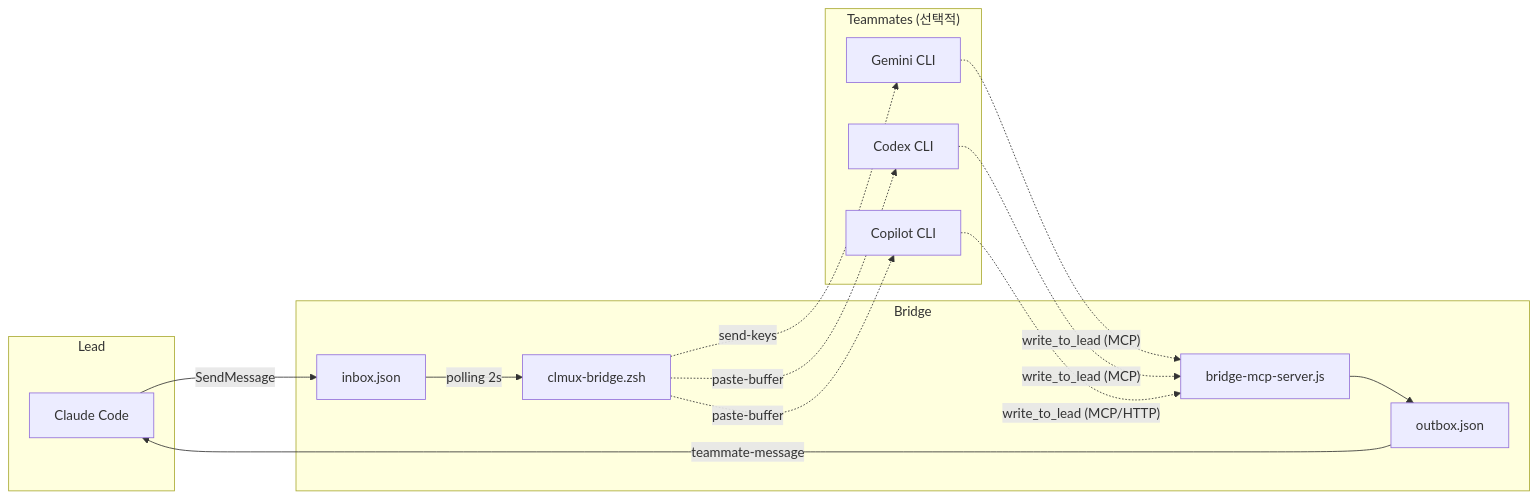
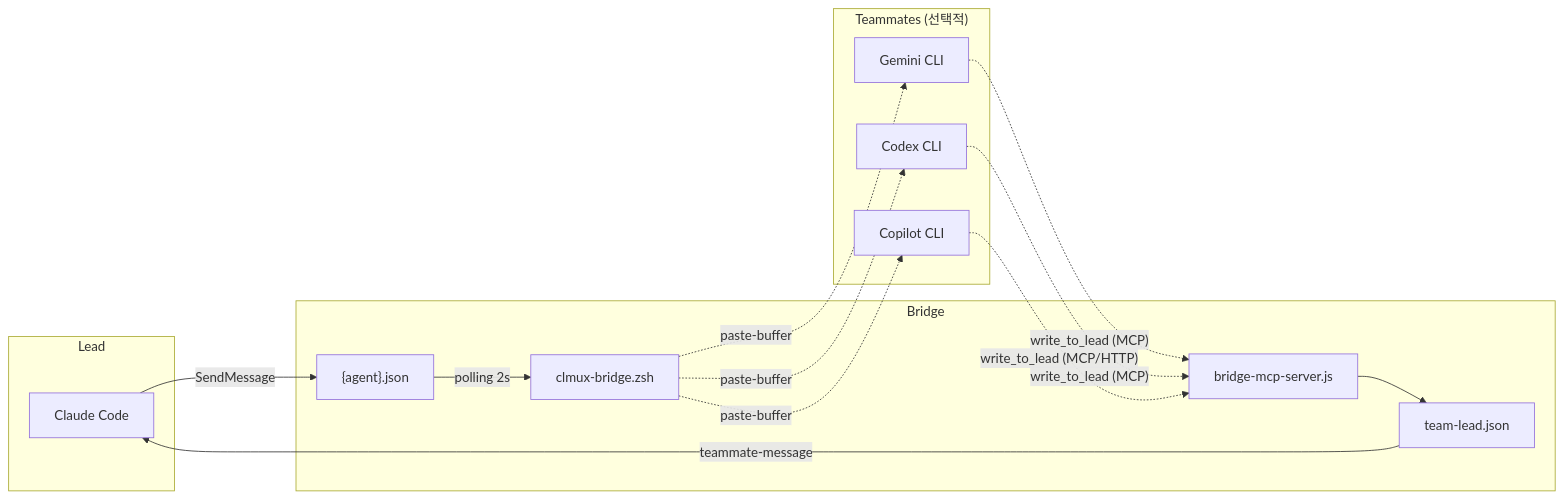
Before and after one commit to DvwN-Lee/clau-mux: the diagram in README.md, drawn with Mermaid. The commit also changed other lines of this file, not shown here.

````diff
--- a/README.md
+++ b/README.md
@@ -15,30 +15,30 @@
 ```mermaid
 flowchart LR
   subgraph Lead
     CC[Claude Code]
   end
 
   subgraph Bridge
-    inbox[inbox.json]
+    inbox["{agent}.json"]
     bridge[clmux-bridge.zsh]
     mcp[bridge-mcp-server.js]
-    outbox[outbox.json]
+    outbox[team-lead.json]
   end
 
   subgraph Teammates["Teammates (선택적)"]
     G[Gemini CLI]
     X[Codex CLI]
     P[Copilot CLI]
   end
 
   CC -- "SendMessage" --> inbox
   inbox -- "polling 2s" --> bridge
-  bridge -. "send-keys" .-> G
+  bridge -. "paste-buffer" .-> G
   bridge -. "paste-buffer" .-> X
   bridge -. "paste-buffer" .-> P
   G -. "write_to_lead (MCP)" .-> mcp
   X -. "write_to_lead (MCP)" .-> mcp
   P -. "write_to_lead (MCP/HTTP)" .-> mcp
   mcp --> outbox
   outbox -- "teammate-message" --> CC
 ```
````
